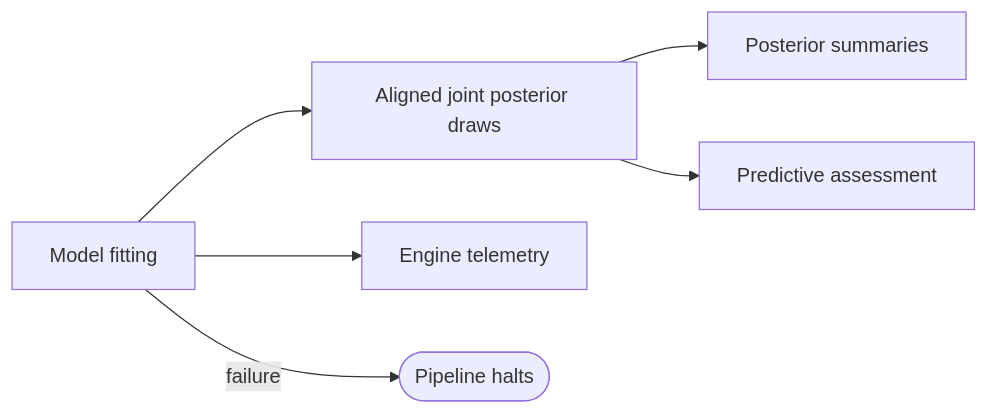
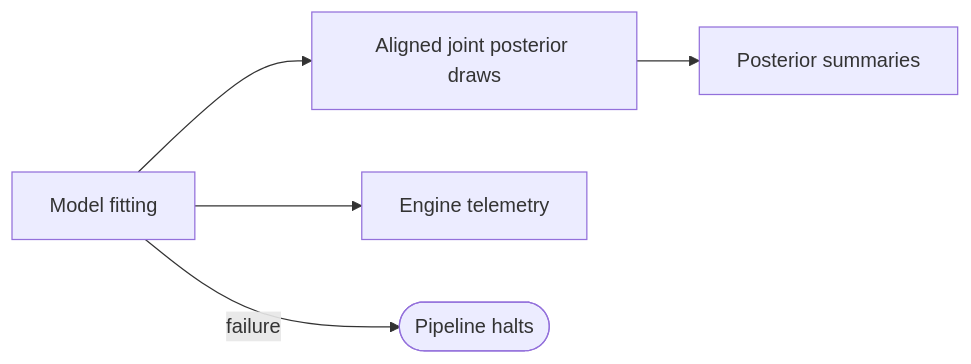
One commit to ma9o/nof1-causal-lab changed the diagram in docs/pipeline/inference.md. Above: the diagram before and after it, drawn with Mermaid. The commit also changed other lines of this file and 15 other files, not shown here.

````diff
--- a/docs/pipeline/inference.md
+++ b/docs/pipeline/inference.md
@@ -23,8 +23,7 @@
 ```mermaid
 flowchart LR
     F[Model fitting] --> J[Aligned joint posterior draws]
     J --> S[Posterior summaries]
     F --> D[Engine telemetry]
-    J --> A[Predictive assessment]
     F -- failure --> X([Pipeline halts])
 ```
````
